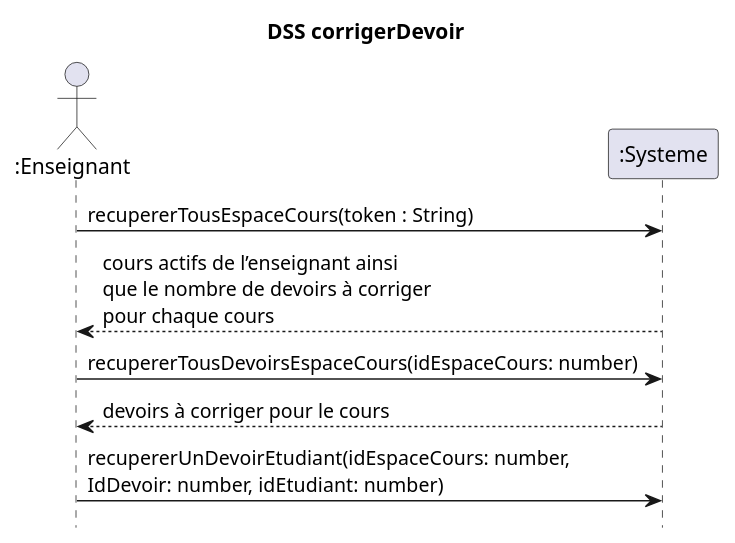
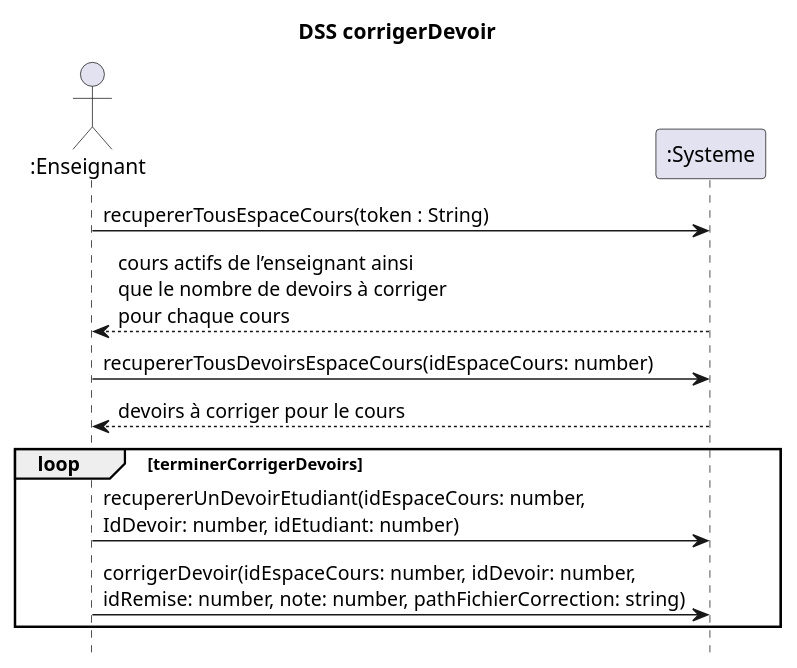
One commit to nerdz88/SGA-TS changed the first of 2 diagrams in docs/CorrigerDevoir/DSS_corrigerDevoir.puml. Above: the diagram before and after it, drawn with PlantUML. The commit also changed other lines of this file and 4 other files, not shown here.

Commit message:
DSS_corrigerDevoir

```diff
--- a/docs/CorrigerDevoir/DSS_corrigerDevoir.puml
+++ b/docs/CorrigerDevoir/DSS_corrigerDevoir.puml
@@ -1,13 +1,15 @@
 @startuml dss_corrigerDevoir
 title DSS corrigerDevoir
 hide footbox
 actor ":Enseignant" as enseignant
 participant ":Systeme" as systeme
 
 enseignant ->  systeme : recupererTousEspaceCours(token : String)
 enseignant <-- systeme : cours actifs de l’enseignant ainsi\nque le nombre de devoirs à corriger\npour chaque cours
 enseignant -> systeme : recupererTousDevoirsEspaceCours(idEspaceCours: number)
 systeme --> enseignant : devoirs à corriger pour le cours
+loop terminerCorrigerDevoirs
 enseignant -> systeme : recupererUnDevoirEtudiant(idEspaceCours: number,\nIdDevoir: number, idEtudiant: number)
-
+enseignant -> systeme : corrigerDevoir(idEspaceCours: number, idDevoir: number,\nidRemise: number, note: number, pathFichierCorrection: string)
+end
 @enduml
```
